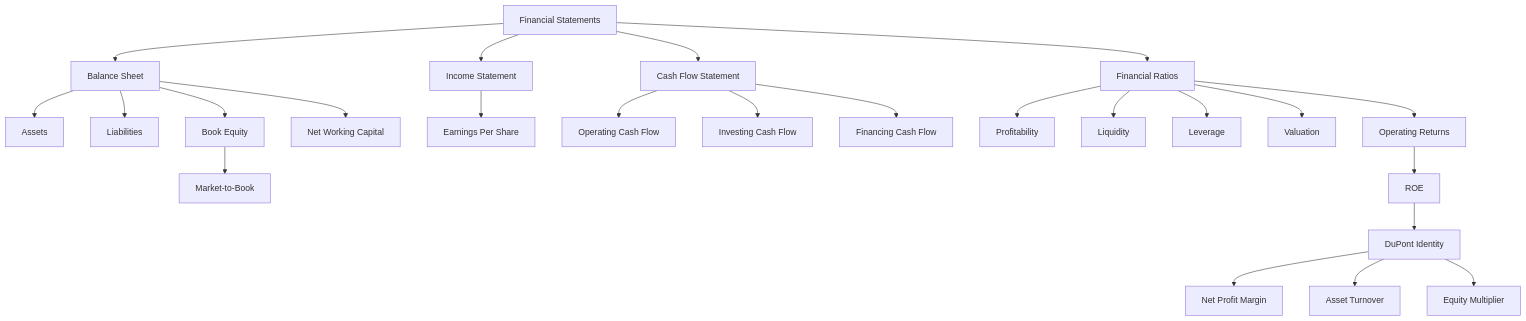
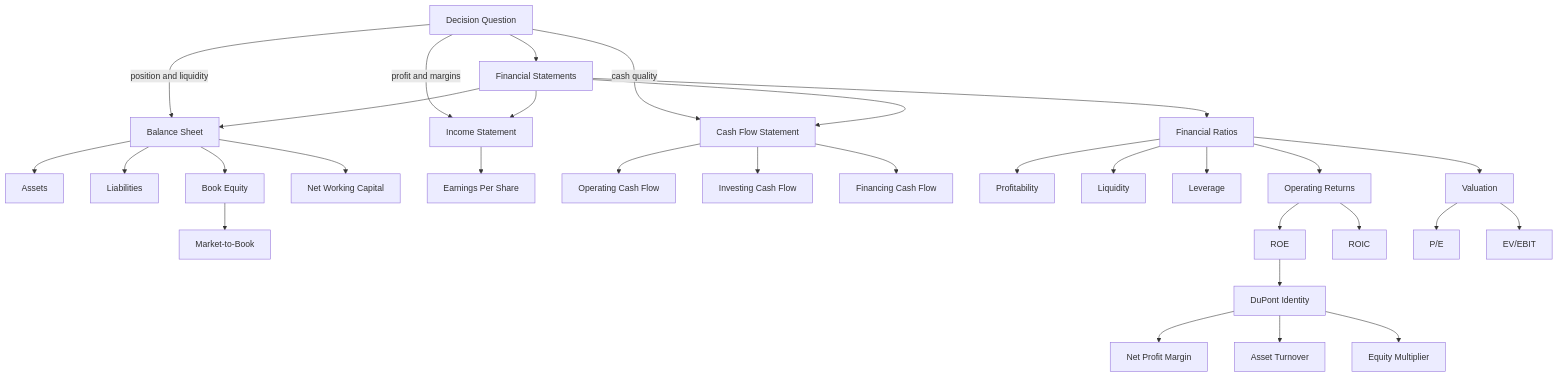
Before and after one commit to aerkn1/TUM-semester-2: the diagram in finance-and-investment-management/wiki/session-01-02-financial-analysis/session-01-02-financial-analysis.md, drawn with Mermaid. The commit also changed other lines of this file and 23 other files, not shown here.

````diff
--- a/finance-and-investment-management/wiki/session-01-02-financial-analysis/session-01-02-financial-analysis.md
+++ b/finance-and-investment-management/wiki/session-01-02-financial-analysis/session-01-02-financial-analysis.md
@@ -256,26 +370,33 @@
 ```mermaid
 graph TD
+    Q[Decision Question] --> FS[Financial Statements]
     FS[Financial Statements] --> BS[Balance Sheet]
     FS --> IS[Income Statement]
     FS --> CF[Cash Flow Statement]
+    Q -->|profit and margins| IS
+    Q -->|position and liquidity| BS
+    Q -->|cash quality| CF
     BS --> A[Assets]
     BS --> L[Liabilities]
     BS --> E[Book Equity]
     E --> MB[Market-to-Book]
     BS --> NWC[Net Working Capital]
     IS --> EPS[Earnings Per Share]
     CF --> CFO[Operating Cash Flow]
     CF --> CFI[Investing Cash Flow]
     CF --> CFF[Financing Cash Flow]
     FS --> RATIOS[Financial Ratios]
     RATIOS --> PROF[Profitability]
     RATIOS --> LIQ[Liquidity]
     RATIOS --> LEV[Leverage]
     RATIOS --> VAL[Valuation]
     RATIOS --> RET[Operating Returns]
     RET --> ROE[ROE]
+    RET --> ROIC[ROIC]
+    VAL --> PE[P/E]
+    VAL --> EVEBIT[EV/EBIT]
     ROE --> DUPONT[DuPont Identity]
     DUPONT --> MARGIN[Net Profit Margin]
     DUPONT --> TURNOVER[Asset Turnover]
     DUPONT --> EM[Equity Multiplier]
 ```
````
